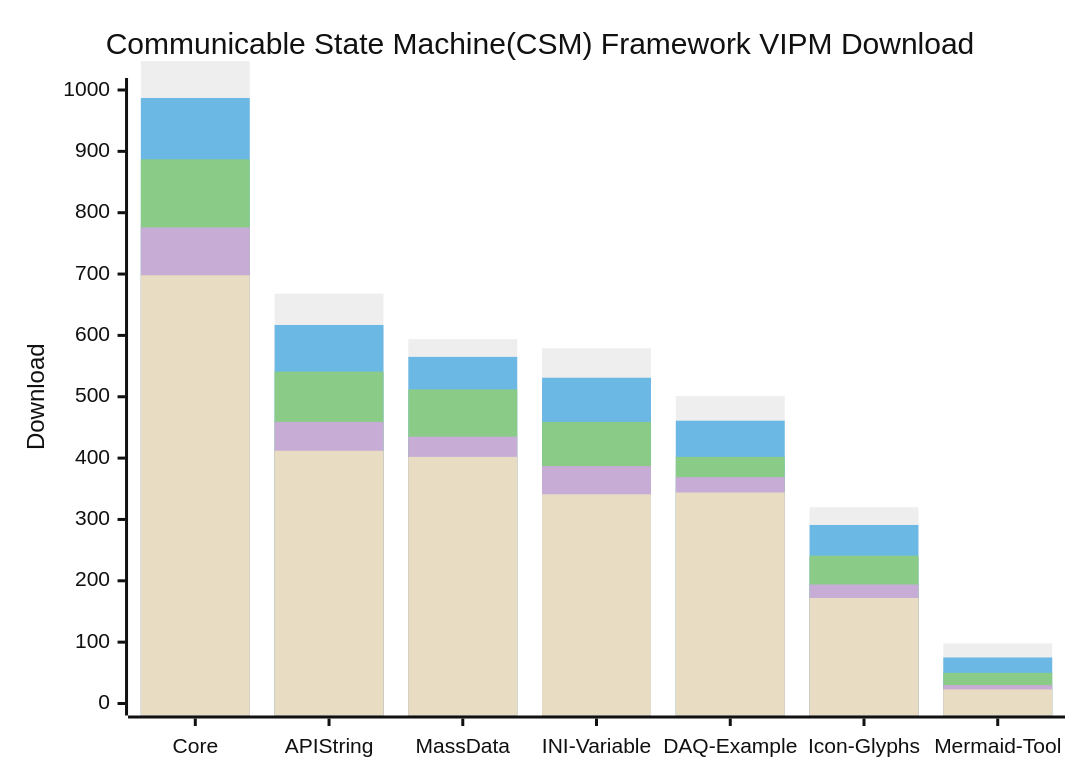
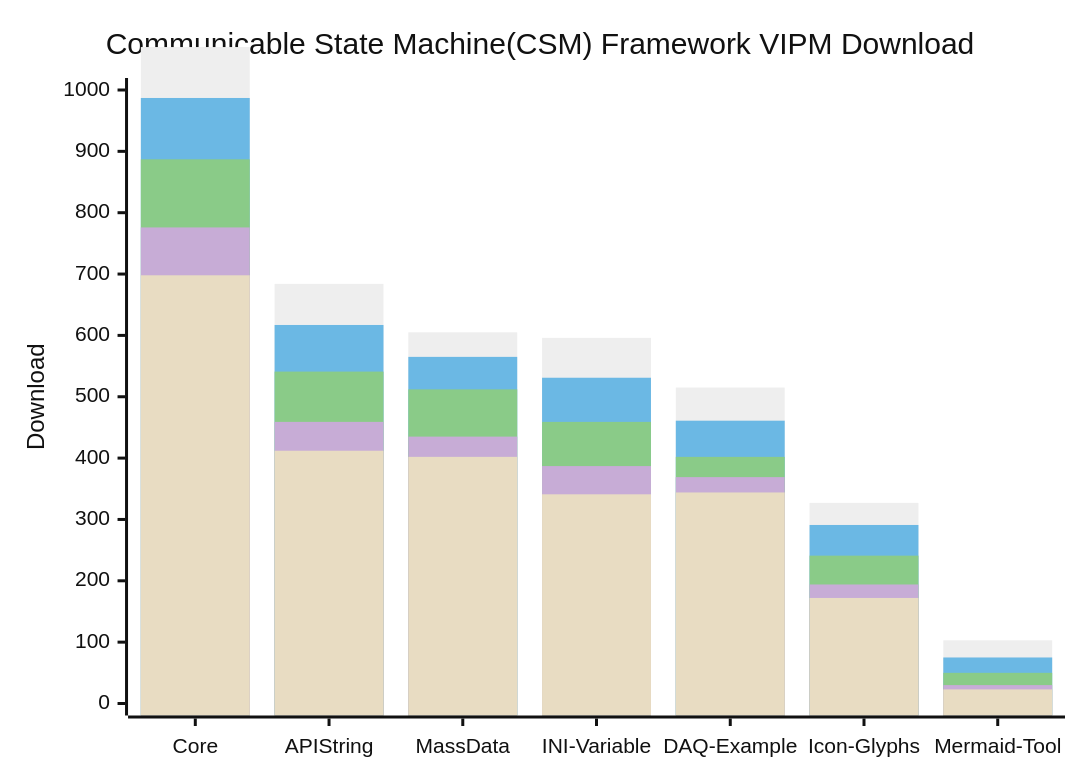
The diagram in profile/README.md (NEVSTOP-LAB/.github), drawn with Mermaid (neutral theme) before and after one commit.

````diff
--- a/profile/README.md
+++ b/profile/README.md
@@ -31,11 +31,11 @@
 ```mermaid
     xychart-beta
     title "Communicable State Machine(CSM) Framework VIPM Download"
     x-axis [Core, API String, MassData, INI-Variable, DAQ-Example, Icon-Glyphs, Mermaid-Tool]
     y-axis "Download" 0 --> 1000
-    bar   [1047, 668, 594, 579, 501, 320, 98]
+    bar   [1070, 684, 605, 596, 515, 327, 103]
     bar   [987, 617, 565, 531, 461, 291, 75]
     bar   [887, 541, 512, 459, 402, 241, 50]
     bar   [776, 459, 435, 387, 369, 194, 30]
     bar   [698, 412, 402, 341, 344, 172, 23]
 ```
````
